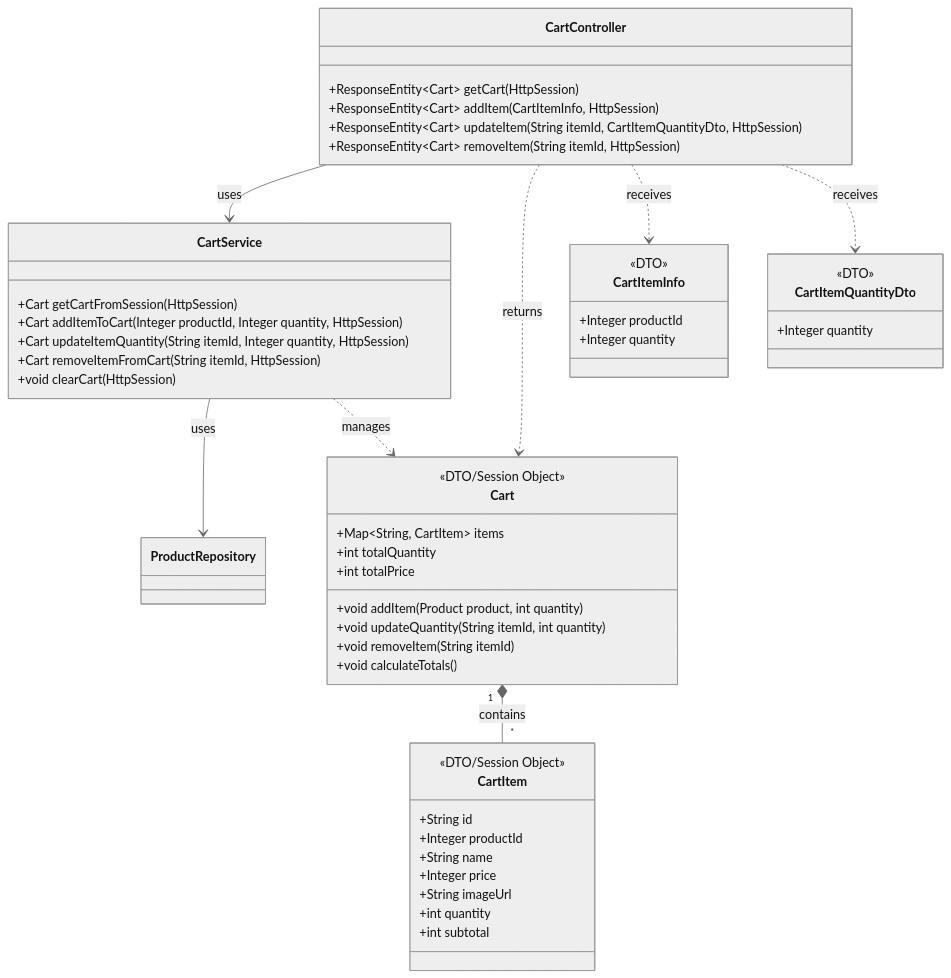
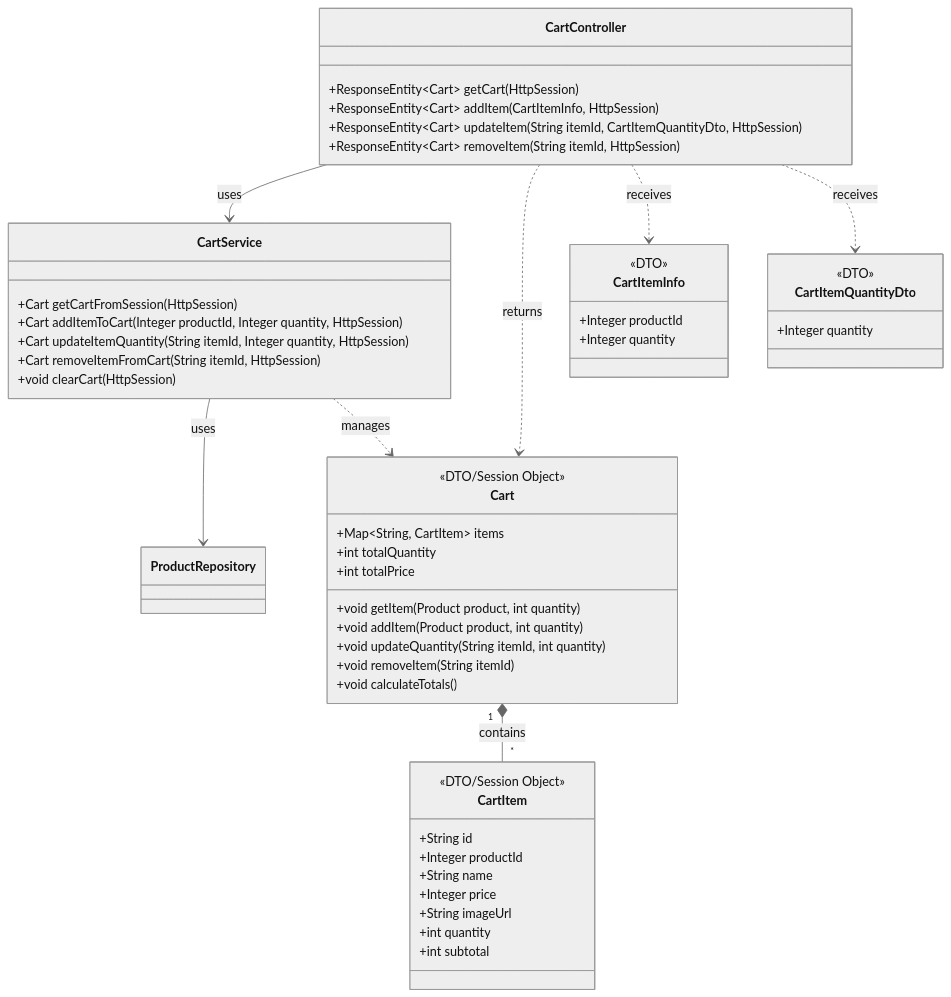
Before and after one commit to Hinako-Kimura127/neko: the tenth of 12 diagrams in 詳細設計/詳細設計.md, drawn with Mermaid (neutral theme). The commit also changed other lines of this file, not shown here.

```diff
--- a/詳細設計/詳細設計.md
+++ b/詳細設計/詳細設計.md
@@ -493,58 +489,59 @@
 <div class="mermaid">
 classDiagram
     class CartController {
         +ResponseEntity~Cart~ getCart(HttpSession)
         +ResponseEntity~Cart~ addItem(CartItemInfo, HttpSession)
         +ResponseEntity~Cart~ updateItem(String itemId, CartItemQuantityDto, HttpSession)
         +ResponseEntity~Cart~ removeItem(String itemId, HttpSession)
     }
 
     class CartService {
         +Cart getCartFromSession(HttpSession)
         +Cart addItemToCart(Integer productId, Integer quantity, HttpSession)
         +Cart updateItemQuantity(String itemId, Integer quantity, HttpSession)
         +Cart removeItemFromCart(String itemId, HttpSession)
         +void clearCart(HttpSession)
     }
 
     class Cart {
         <<DTO/Session Object>>
         +Map~String, CartItem~ items
         +int totalQuantity
         +int totalPrice
+        +void getItem(Product product, int quantity)
         +void addItem(Product product, int quantity)
         +void updateQuantity(String itemId, int quantity)
         +void removeItem(String itemId)
         +void calculateTotals()
     }
 
     class CartItem {
         <<DTO/Session Object>>
         +String id
         +Integer productId
         +String name
         +Integer price
         +String imageUrl
         +int quantity
         +int subtotal
     }
 
     class CartItemInfo {
         <<DTO>>
         +Integer productId
         +Integer quantity
     }
 
     class CartItemQuantityDto {
         <<DTO>>
         +Integer quantity
     }
 
     CartController --> CartService : uses
     CartService --> ProductRepository : uses
     CartService ..> Cart : manages
     Cart "1" *-- "*" CartItem : contains
     CartController ..> Cart : returns
     CartController ..> CartItemInfo : receives
     CartController ..> CartItemQuantityDto : receives
 </div>
```
